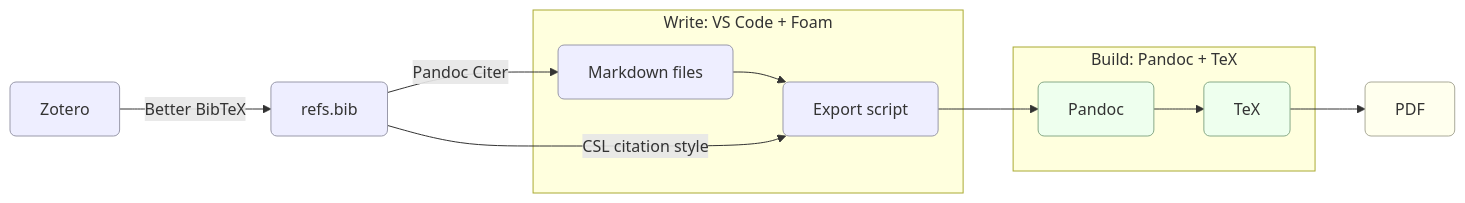
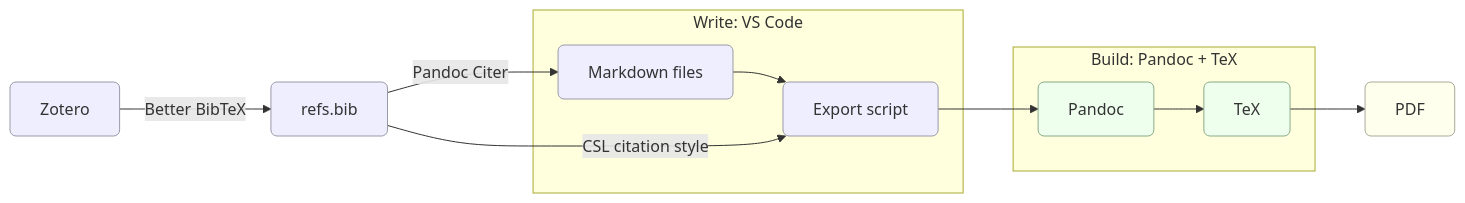
Before and after one commit to cedricphdivry/academic-writing-markdown: the diagram in README.md, drawn with Mermaid. The commit also changed other lines of this file, not shown here.

````diff
--- a/README.md
+++ b/README.md
@@ -100,32 +95,32 @@
 ```mermaid
 flowchart LR
-  subgraph "Write: VS Code + Foam"
+  subgraph "Write: VS Code"
     MD[Markdown files]
     EX[Export script]
     MD --> EX
   end
 
   Z[Zotero]
   R[refs.bib]
   Z -->|Better BibTeX| R
   R -->|Pandoc Citer| MD
 
   subgraph Build: Pandoc + TeX
     PD[Pandoc]
     TX[TeX]
     PD --> TX
   end
 
   EX --> PD
   TX --> OUT[PDF]
   R -->|CSL citation style| EX
 
   %% styling
   classDef box fill:#eef,stroke:#99a,stroke-width:1px,rx:6px,ry:6px;
   classDef build fill:#efe,stroke:#8a8,stroke-width:1px,rx:6px,ry:6px;
   classDef out fill:#ffe,stroke:#aa9,stroke-width:1px,rx:6px,ry:6px;
 
   class MD,EX,Z,R box
   class PD,TX build
   class OUT out
 ```
````
